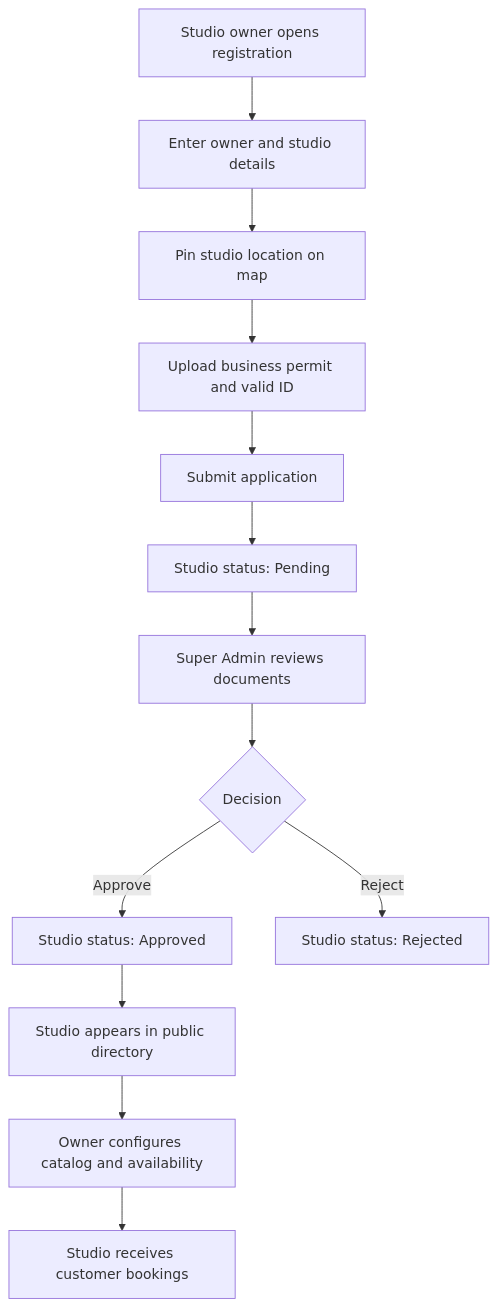
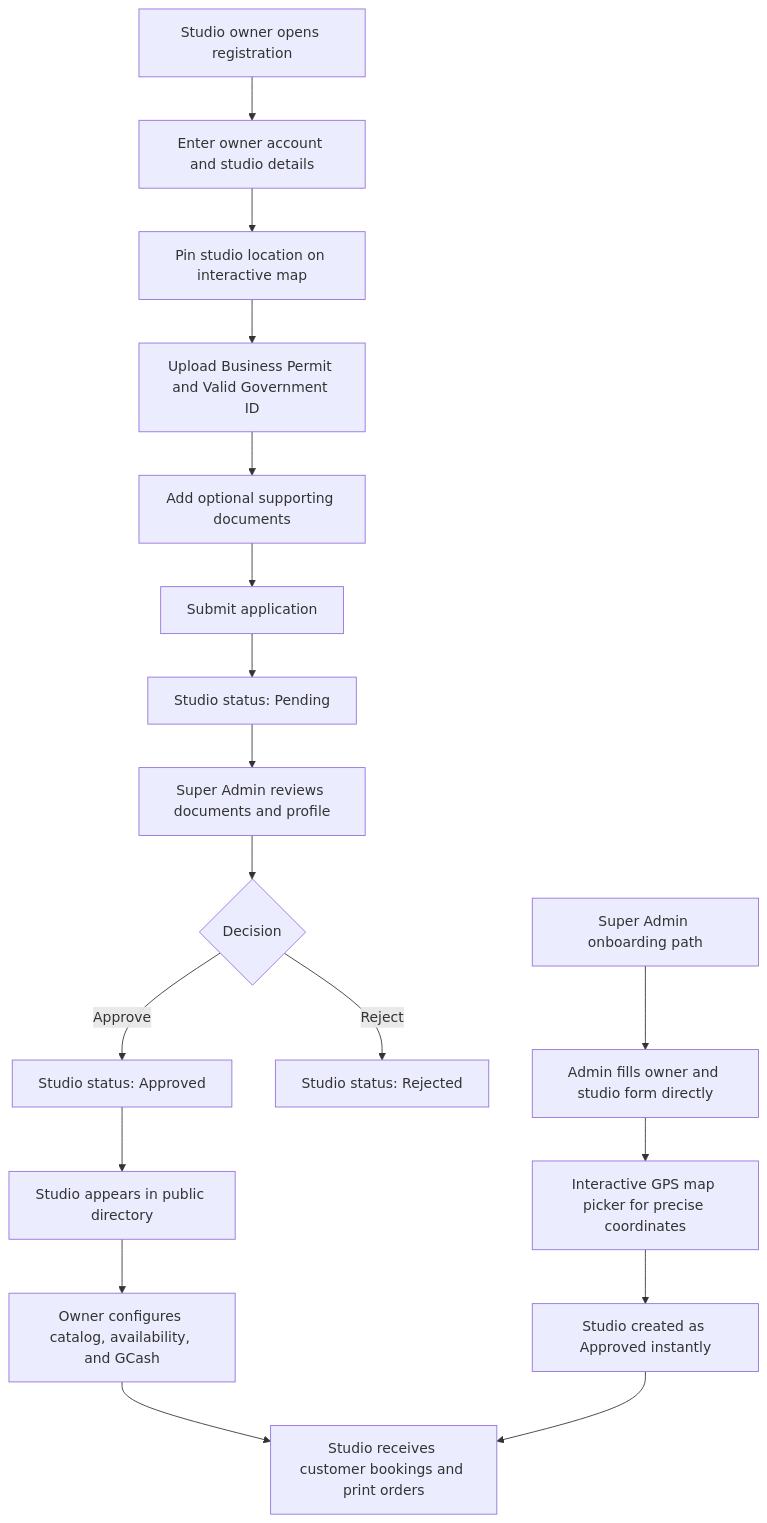
Before and after one commit to danielpadilla140600-lgtm/CaintaPhotographymisystem: the fourth of 10 diagrams in README.md, drawn with Mermaid. The commit also changed other lines of this file and 29 other files, not shown here.

Commit message:
Update system: booking, payments, proofing, print orders, PWA, UI improvements

````diff
--- a/README.md
+++ b/README.md
@@ -66,15 +108,21 @@
 ```mermaid
 flowchart TD
-   A[Studio owner opens registration] --> B[Enter owner and studio details]
-   B --> C[Pin studio location on map]
-   C --> D[Upload business permit and valid ID]
-   D --> E[Submit application]
-   E --> F[Studio status: Pending]
-   F --> G[Super Admin reviews documents]
-   G --> H{Decision}
-   H -->|Approve| I[Studio status: Approved]
-   H -->|Reject| J[Studio status: Rejected]
-   I --> K[Studio appears in public directory]
-   K --> L[Owner configures catalog and availability]
-   L --> M[Studio receives customer bookings]
+   A[Studio owner opens registration] --> B[Enter owner account and studio details]
+   B --> C[Pin studio location on interactive map]
+   C --> D[Upload Business Permit and Valid Government ID]
+   D --> E[Add optional supporting documents]
+   E --> F[Submit application]
+   F --> G[Studio status: Pending]
+   G --> H[Super Admin reviews documents and profile]
+   H --> I{Decision}
+   I -->|Approve| J[Studio status: Approved]
+   I -->|Reject| K[Studio status: Rejected]
+   J --> L[Studio appears in public directory]
+   L --> M[Owner configures catalog, availability, and GCash]
+   M --> N[Studio receives customer bookings and print orders]
+
+   O[Super Admin onboarding path] --> P[Admin fills owner and studio form directly]
+   P --> Q[Interactive GPS map picker for precise coordinates]
+   Q --> R[Studio created as Approved instantly]
+   R --> N
 ```
````
